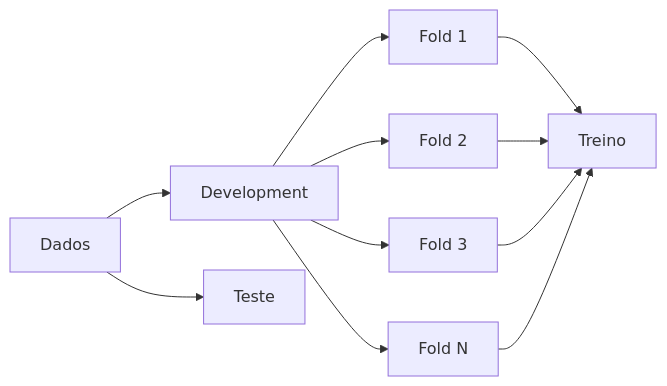
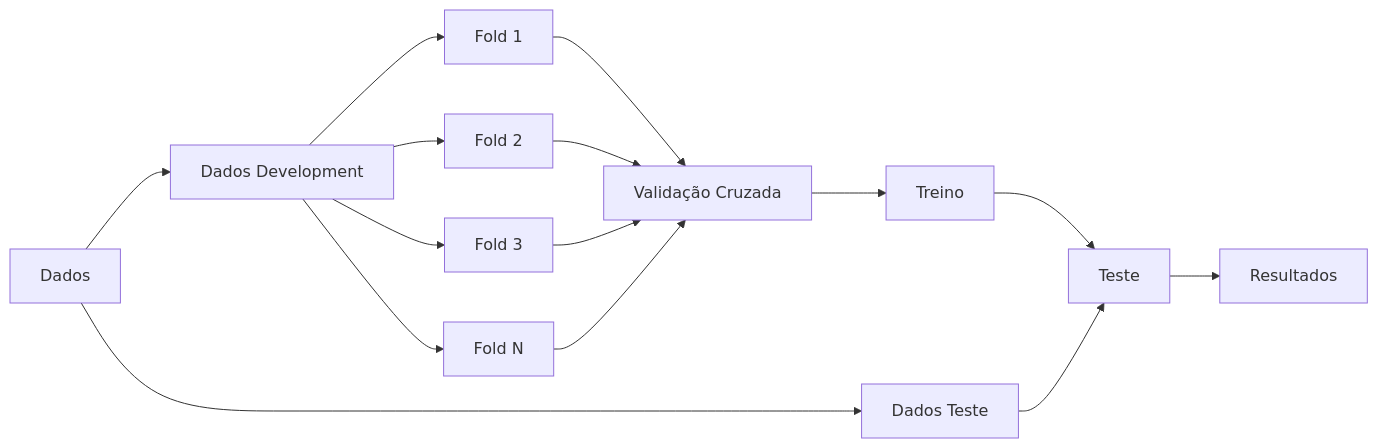
Before and after one commit to MiguelPim01/recsys-fairness: the diagram in docs/methodological_notes.md, drawn with Mermaid.

Commit message:
docs: Adding training and evaluation method

````diff
--- a/docs/methodological_notes.md
+++ b/docs/methodological_notes.md
@@ -91,15 +91,20 @@
 ```mermaid
 graph LR
-    A["Dados"] --> B["Development"]
-    A --> C["Teste"]
+    A["Dados"] --> B["Dados Development"]
+    A --> C["Dados Teste"]
 
     B --> F1["Fold 1"]
     B --> F2["Fold 2"]
     B --> F3["Fold 3"]
     B --> FN["Fold N"]
 
-    F1 --> T["Treino"]
-    F2 --> T
-    F3 --> T
-    FN --> T
+    F1 --> CV["Validação Cruzada"]
+    F2 --> CV
+    F3 --> CV
+    FN --> CV
+
+    CV --> T["Treino"]
+    T --> TE
+    C --> TE["Teste"]
+    TE --> R["Resultados"]
 ```
````
